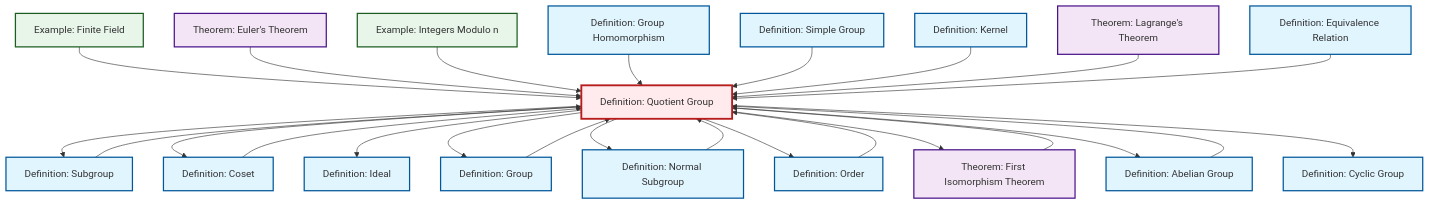
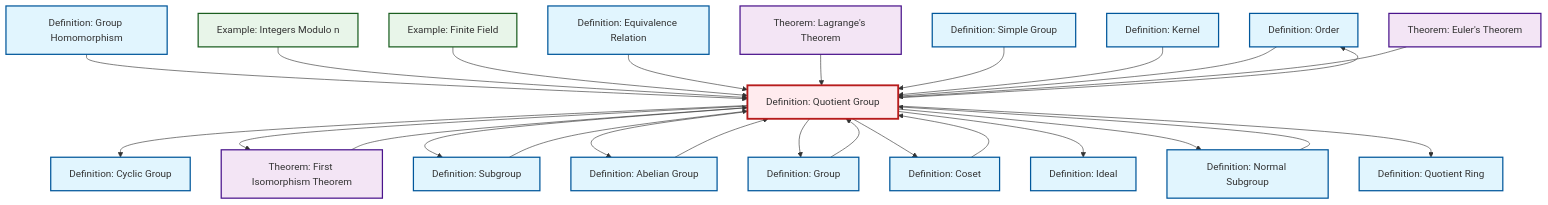
The diagram in content/ja/algebra/def-quotient-group.qmd (RK0429/ModernMath), drawn with Mermaid before and after one commit. The commit also changed 597 other files, not shown here.

````diff
--- a/content/ja/algebra/def-quotient-group.qmd
+++ b/content/ja/algebra/def-quotient-group.qmd
@@ -147,69 +147,72 @@
 ```{mermaid}
 %%| fig-cap: "Local dependency graph"
 graph TD
     classDef definition fill:#e1f5fe,stroke:#01579b,stroke-width:2px
     classDef theorem fill:#f3e5f5,stroke:#4a148c,stroke-width:2px
     classDef axiom fill:#fff3e0,stroke:#e65100,stroke-width:2px
     classDef example fill:#e8f5e9,stroke:#1b5e20,stroke-width:2px
     classDef current fill:#ffebee,stroke:#b71c1c,stroke-width:3px
+    def-order["Definition: Order"]:::definition
+    ex-quotient-integers-mod-n["Example: Integers Modulo n"]:::example
+    def-ideal["Definition: Ideal"]:::definition
+    def-kernel["Definition: Kernel"]:::definition
+    def-normal-subgroup["Definition: Normal Subgroup"]:::definition
+    thm-first-isomorphism["Theorem: First Isomorphism Theorem"]:::theorem
+    def-subgroup["Definition: Subgroup"]:::definition
+    def-cyclic-group["Definition: Cyclic Group"]:::definition
+    def-homomorphism["Definition: Group Homomorphism"]:::definition
+    def-equivalence-relation["Definition: Equivalence Relation"]:::definition
+    def-quotient-ring["Definition: Quotient Ring"]:::definition
+    def-group["Definition: Group"]:::definition
+    ex-finite-field["Example: Finite Field"]:::example
+    thm-lagrange["Theorem: Lagrange's Theorem"]:::theorem
+    def-coset["Definition: Coset"]:::definition
+    def-quotient-group["Definition: Quotient Group"]:::definition
     def-simple-group["Definition: Simple Group"]:::definition
-    def-subgroup["Definition: Subgroup"]:::definition
-    def-order["Definition: Order"]:::definition
-    ex-finite-field["Example: Finite Field"]:::example
-    def-equivalence-relation["Definition: Equivalence Relation"]:::definition
-    def-quotient-group["Definition: Quotient Group"]:::definition
-    def-ideal["Definition: Ideal"]:::definition
-    thm-lagrange["Theorem: Lagrange's Theorem"]:::theorem
+    thm-euler["Theorem: Euler's Theorem"]:::theorem
     def-abelian-group["Definition: Abelian Group"]:::definition
-    def-coset["Definition: Coset"]:::definition
-    def-cyclic-group["Definition: Cyclic Group"]:::definition
-    def-kernel["Definition: Kernel"]:::definition
-    def-homomorphism["Definition: Group Homomorphism"]:::definition
-    thm-euler["Theorem: Euler's Theorem"]:::theorem
-    def-group["Definition: Group"]:::definition
-    thm-first-isomorphism["Theorem: First Isomorphism Theorem"]:::theorem
-    def-normal-subgroup["Definition: Normal Subgroup"]:::definition
-    ex-quotient-integers-mod-n["Example: Integers Modulo n"]:::example
+    def-homomorphism --> def-quotient-group
+    def-normal-subgroup --> def-quotient-group
+    ex-quotient-integers-mod-n --> def-quotient-group
+    def-quotient-group --> def-cyclic-group
+    ex-finite-field --> def-quotient-group
+    def-quotient-group --> def-order
+    thm-first-isomorphism --> def-quotient-group
+    def-quotient-group --> thm-first-isomorphism
+    def-quotient-group --> def-subgroup
+    def-equivalence-relation --> def-quotient-group
+    thm-lagrange --> def-quotient-group
+    def-simple-group --> def-quotient-group
+    def-quotient-group --> def-abelian-group
+    def-kernel --> def-quotient-group
+    def-quotient-group --> def-group
+    def-quotient-group --> def-coset
     def-subgroup --> def-quotient-group
-    def-quotient-group --> def-subgroup
-    thm-first-isomorphism --> def-quotient-group
-    ex-finite-field --> def-quotient-group
-    def-quotient-group --> def-coset
+    def-order --> def-quotient-group
     def-quotient-group --> def-ideal
-    def-quotient-group --> def-group
+    def-quotient-group --> def-normal-subgroup
+    def-group --> def-quotient-group
+    def-abelian-group --> def-quotient-group
+    def-quotient-group --> def-quotient-ring
+    def-coset --> def-quotient-group
     thm-euler --> def-quotient-group
-    def-coset --> def-quotient-group
-    def-abelian-group --> def-quotient-group
-    def-group --> def-quotient-group
-    ex-quotient-integers-mod-n --> def-quotient-group
-    def-quotient-group --> def-normal-subgroup
-    def-quotient-group --> def-order
-    def-homomorphism --> def-quotient-group
-    def-simple-group --> def-quotient-group
-    def-kernel --> def-quotient-group
-    def-order --> def-quotient-group
-    thm-lagrange --> def-quotient-group
-    def-quotient-group --> thm-first-isomorphism
-    def-equivalence-relation --> def-quotient-group
-    def-quotient-group --> def-abelian-group
-    def-normal-subgroup --> def-quotient-group
-    def-quotient-group --> def-cyclic-group
     class def-quotient-group current
+    click def-order "def-order.html" "Definition: Orderへ"
+    click ex-quotient-integers-mod-n "ex-quotient-integers-mod-n.html" "Example: Integers Modulo nへ"
+    click def-ideal "def-ideal.html" "Definition: Idealへ"
+    click def-kernel "def-kernel.html" "Definition: Kernelへ"
+    click def-normal-subgroup "def-normal-subgroup.html" "Definition: Normal Subgroupへ"
+    click thm-first-isomorphism "thm-first-isomorphism.html" "Theorem: First Isomorphism Theoremへ"
+    click def-subgroup "def-subgroup.html" "Definition: Subgroupへ"
+    click def-cyclic-group "def-cyclic-group.html" "Definition: Cyclic Groupへ"
+    click def-homomorphism "def-homomorphism.html" "Definition: Group Homomorphismへ"
+    click def-equivalence-relation "def-equivalence-relation.html" "Definition: Equivalence Relationへ"
+    click def-quotient-ring "def-quotient-ring.html" "Definition: Quotient Ringへ"
+    click def-group "def-group.html" "Definition: Groupへ"
+    click ex-finite-field "ex-finite-field.html" "Example: Finite Fieldへ"
+    click thm-lagrange "thm-lagrange.html" "Theorem: Lagrange's Theoremへ"
+    click def-coset "def-coset.html" "Definition: Cosetへ"
     click def-simple-group "def-simple-group.html" "Definition: Simple Groupへ"
-    click def-subgroup "def-subgroup.html" "Definition: Subgroupへ"
-    click def-order "def-order.html" "Definition: Orderへ"
-    click ex-finite-field "ex-finite-field.html" "Example: Finite Fieldへ"
-    click def-equivalence-relation "def-equivalence-relation.html" "Definition: Equivalence Relationへ"
-    click def-ideal "def-ideal.html" "Definition: Idealへ"
-    click thm-lagrange "thm-lagrange.html" "Theorem: Lagrange's Theoremへ"
+    click thm-euler "thm-euler.html" "Theorem: Euler's Theoremへ"
     click def-abelian-group "def-abelian-group.html" "Definition: Abelian Groupへ"
-    click def-coset "def-coset.html" "Definition: Cosetへ"
-    click def-cyclic-group "def-cyclic-group.html" "Definition: Cyclic Groupへ"
-    click def-kernel "def-kernel.html" "Definition: Kernelへ"
-    click def-homomorphism "def-homomorphism.html" "Definition: Group Homomorphismへ"
-    click thm-euler "thm-euler.html" "Theorem: Euler's Theoremへ"
-    click def-group "def-group.html" "Definition: Groupへ"
-    click thm-first-isomorphism "thm-first-isomorphism.html" "Theorem: First Isomorphism Theoremへ"
-    click def-normal-subgroup "def-normal-subgroup.html" "Definition: Normal Subgroupへ"
-    click ex-quotient-integers-mod-n "ex-quotient-integers-mod-n.html" "Example: Integers Modulo nへ"
 ```
````
